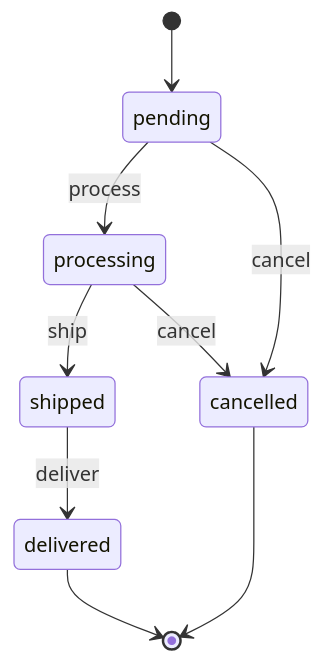
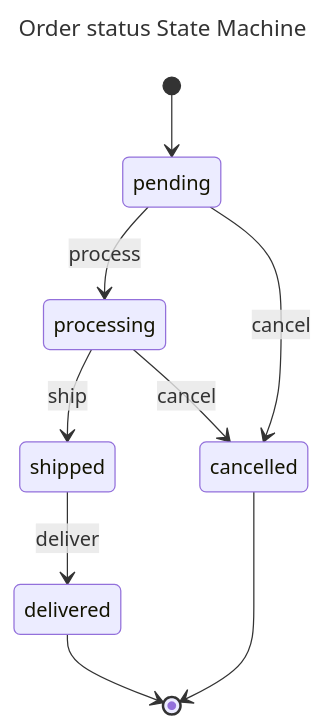
Before and after one commit to state-machines/state_machines-mermaid: the first of 3 diagrams in README.md, drawn with Mermaid. The commit also changed other lines of this file and 4 other files, not shown here.

````diff
--- a/README.md
+++ b/README.md
@@ -58,16 +58,19 @@
 ```mermaid
+---
+title: "Order status State Machine"
+---
 stateDiagram-v2
   pending : pending
   [*] --> pending
   processing : processing
   shipped : shipped
   delivered : delivered
   delivered --> [*]
   cancelled : cancelled
   cancelled --> [*]
   pending --> processing : process
   processing --> shipped : ship
   shipped --> delivered : deliver
   pending --> cancelled : cancel
   processing --> cancelled : cancel
 ```
````
